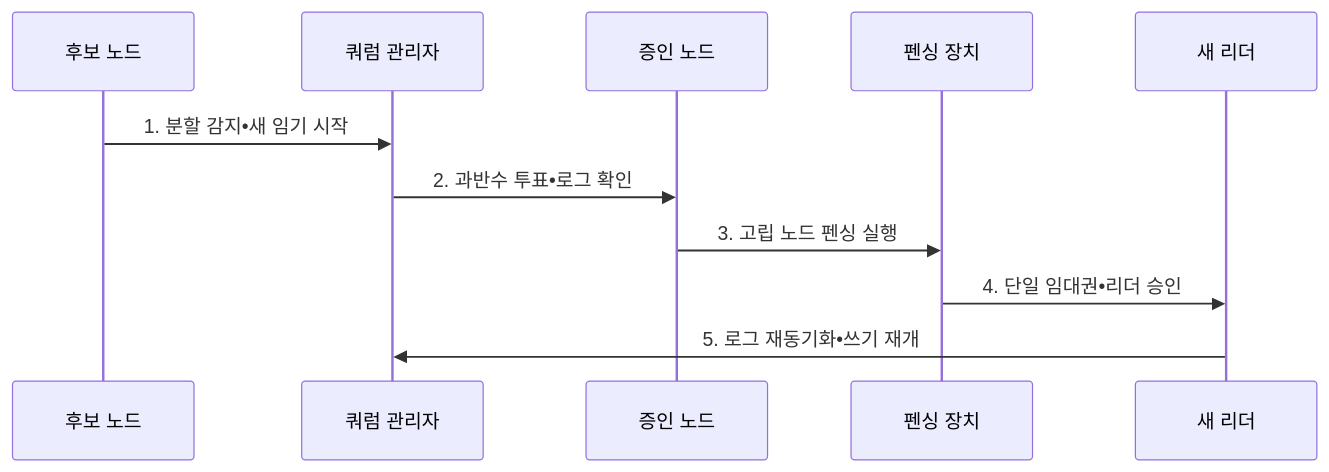
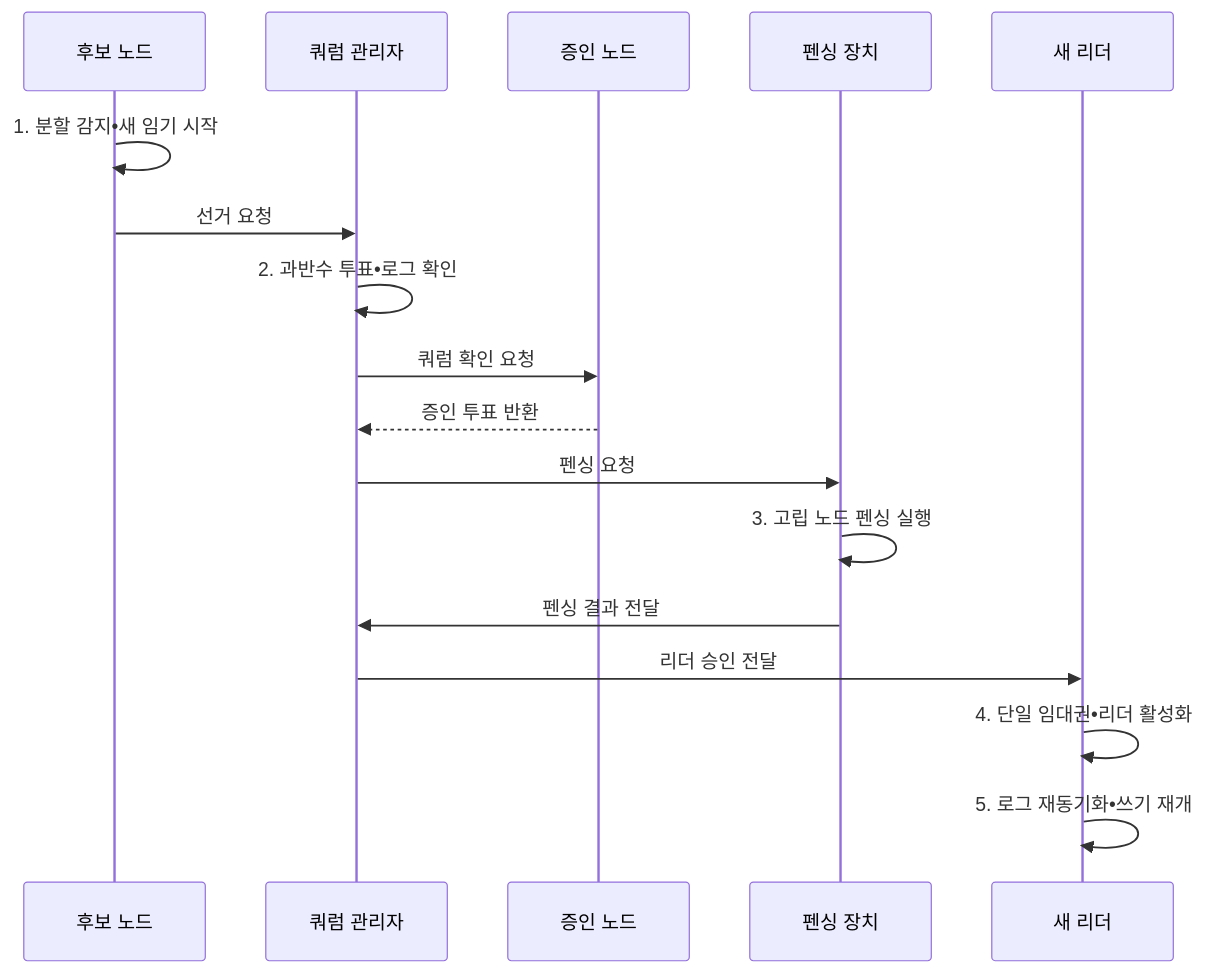
Before and after one commit to agnusdei1207/knowledge-base: the second of 2 diagrams in src/content/docs/notes/06-evaluation/021_split_brain_quorum.md, drawn with Mermaid. The commit also changed other lines of this file and 20 other files, not shown here.

````diff
--- a/src/content/docs/notes/06-evaluation/021_split_brain_quorum.md
+++ b/src/content/docs/notes/06-evaluation/021_split_brain_quorum.md
@@ -103,13 +103,19 @@
 ```mermaid
 sequenceDiagram
   participant A as 후보 노드
   participant Q as 쿼럼 관리자
   participant W as 증인 노드
   participant F as 펜싱 장치
   participant L as 새 리더
-  A->>Q: 1. 분할 감지•새 임기 시작
-  Q->>W: 2. 과반수 투표•로그 확인
-  W->>F: 3. 고립 노드 펜싱 실행
-  F->>L: 4. 단일 임대권•리더 승인
-  L->>Q: 5. 로그 재동기화•쓰기 재개
+  A->>A: 1. 분할 감지•새 임기 시작
+  A->>Q: 선거 요청
+  Q->>Q: 2. 과반수 투표•로그 확인
+  Q->>W: 쿼럼 확인 요청
+  W-->>Q: 증인 투표 반환
+  Q->>F: 펜싱 요청
+  F->>F: 3. 고립 노드 펜싱 실행
+  F->>Q: 펜싱 결과 전달
+  Q->>L: 리더 승인 전달
+  L->>L: 4. 단일 임대권•리더 활성화
+  L->>L: 5. 로그 재동기화•쓰기 재개
 ```
````
